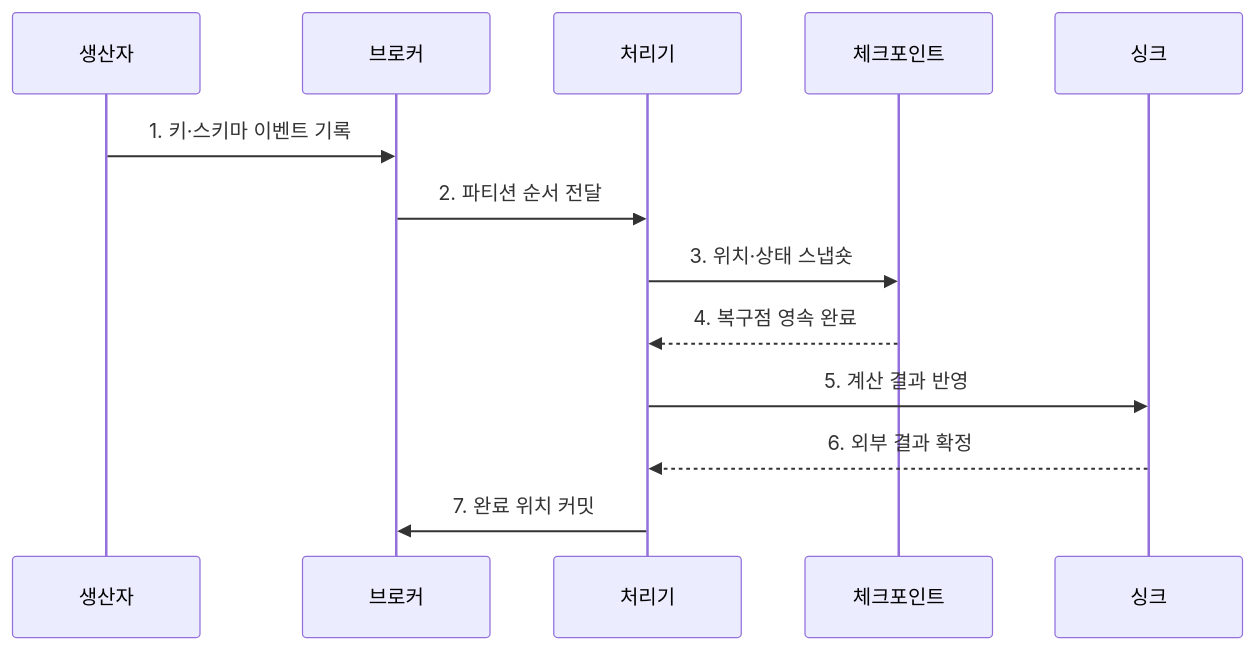
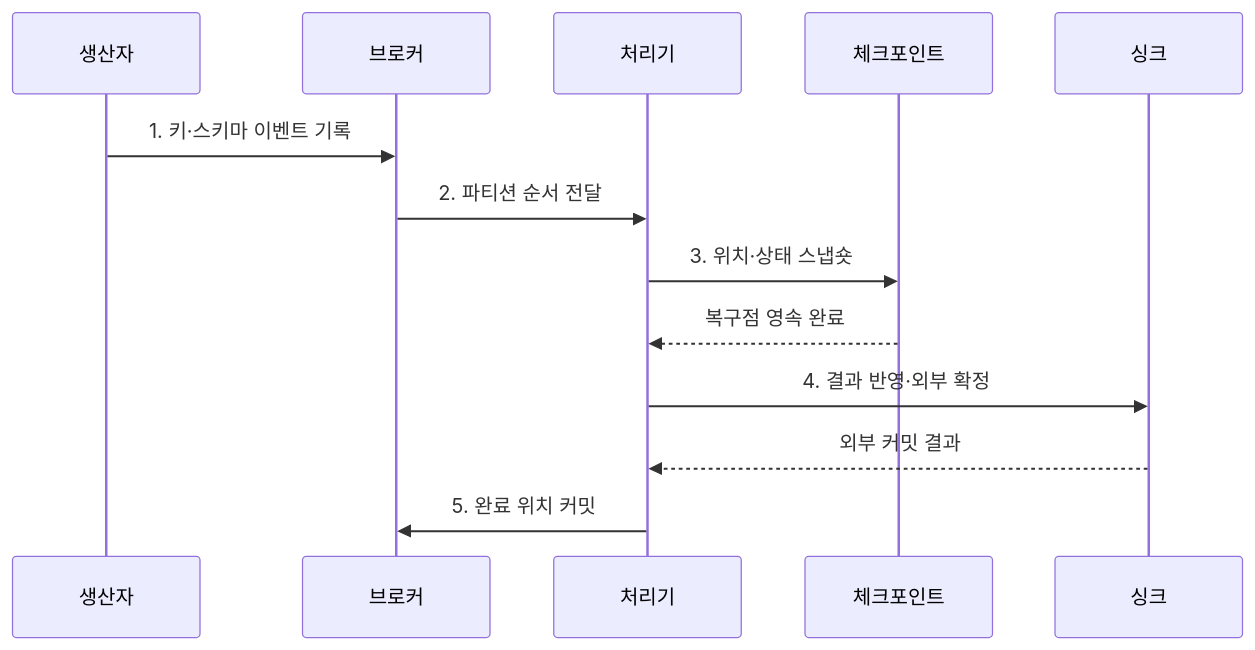
Before and after one commit to agnusdei1207/knowledge-base: the second of 2 diagrams in src/content/docs/notes/03-software/122_real_time_streaming_platform.md, drawn with Mermaid. The commit also changed other lines of this file and 238 other files, not shown here.

````diff
--- a/src/content/docs/notes/03-software/122_real_time_streaming_platform.md
+++ b/src/content/docs/notes/03-software/122_real_time_streaming_platform.md
@@ -84,15 +84,15 @@
 ```mermaid
 sequenceDiagram
     participant P as 생산자
     participant B as 브로커
     participant E as 처리기
     participant C as 체크포인트
     participant S as 싱크
     P->>B: 1. 키·스키마 이벤트 기록
     B->>E: 2. 파티션 순서 전달
     E->>C: 3. 위치·상태 스냅숏
-    C-->>E: 4. 복구점 영속 완료
-    E->>S: 5. 계산 결과 반영
-    S-->>E: 6. 외부 결과 확정
-    E->>B: 7. 완료 위치 커밋
+    C-->>E: 복구점 영속 완료
+    E->>S: 4. 결과 반영·외부 확정
+    S-->>E: 외부 커밋 결과
+    E->>B: 5. 완료 위치 커밋
 ```
````
